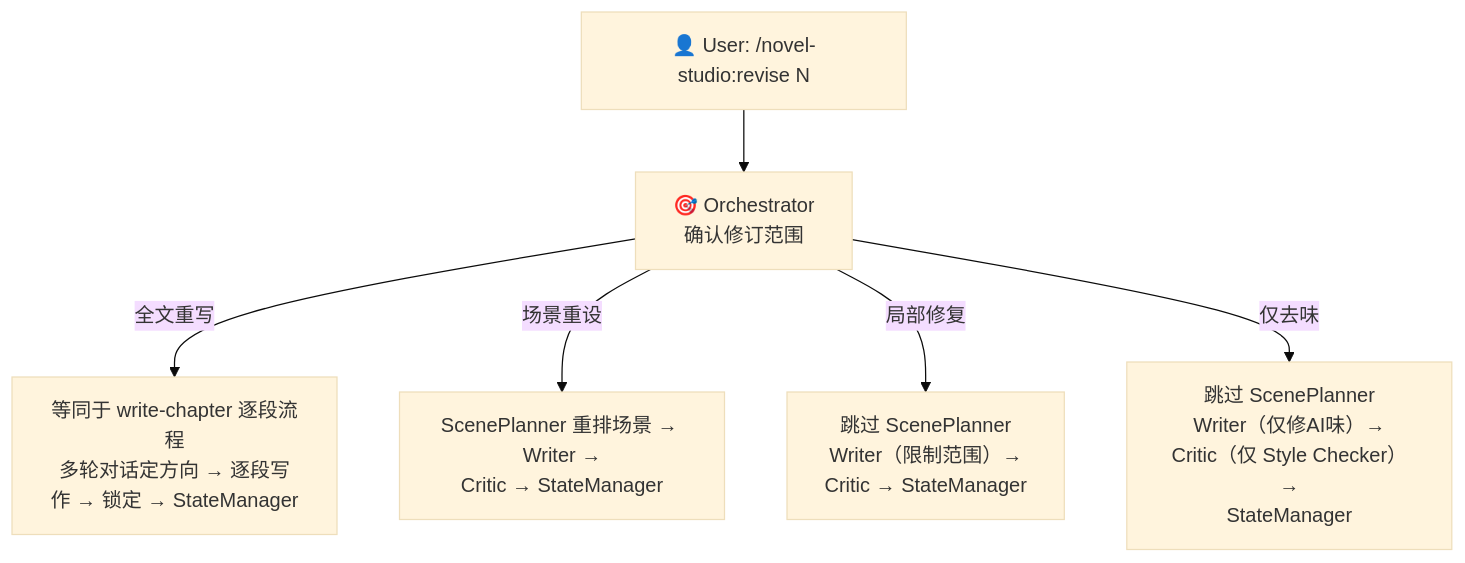
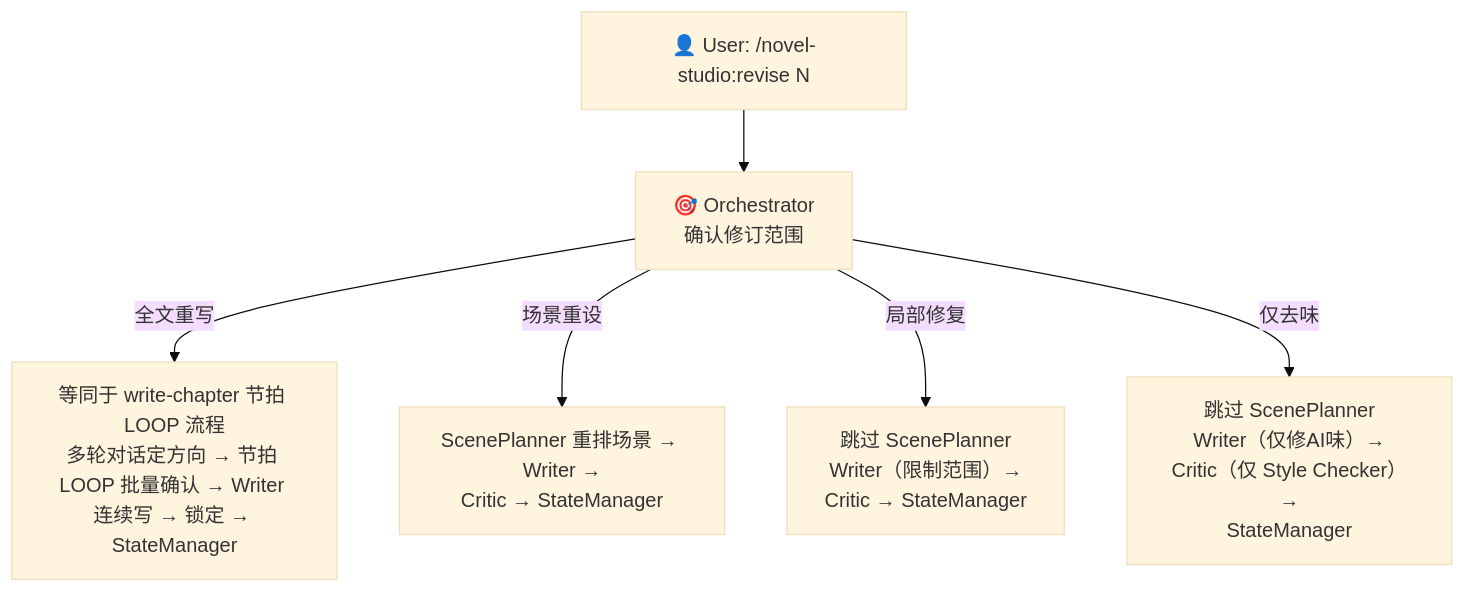
The first of 4 diagrams in workflow-specs/revise-chapter.md (deathwhispers/novel-studio), drawn with Mermaid (base theme) before and after one commit. The commit also changed other lines of this file and 13 other files, not shown here.

````diff
--- a/workflow-specs/revise-chapter.md
+++ b/workflow-specs/revise-chapter.md
@@ -10,12 +10,12 @@
 ```mermaid
 flowchart TD
     User["👤 User: /novel-studio:revise N"]
     Orchestrator["🎯 Orchestrator<br/>确认修订范围"]
 
     User --> Orchestrator
 
-    Orchestrator -->|"全文重写"| Full["等同于 write-chapter 逐段流程<br/>多轮对话定方向 → 逐段写作 → 锁定 → StateManager"]
+    Orchestrator -->|"全文重写"| Full["等同于 write-chapter 节拍 LOOP 流程<br/>多轮对话定方向 → 节拍 LOOP 批量确认 → Writer 连续写 → 锁定 → StateManager"]
     Orchestrator -->|"场景重设"| SceneReset["ScenePlanner 重排场景 → Writer →<br/>Critic → StateManager"]
     Orchestrator -->|"局部修复"| LocalFix["跳过 ScenePlanner<br/>Writer（限制范围）→<br/>Critic → StateManager"]
     Orchestrator -->|"仅去味"| DeFlavor["跳过 ScenePlanner<br/>Writer（仅修AI味）→<br/>Critic（仅 Style Checker）→<br/>StateManager"]
 ```
````
